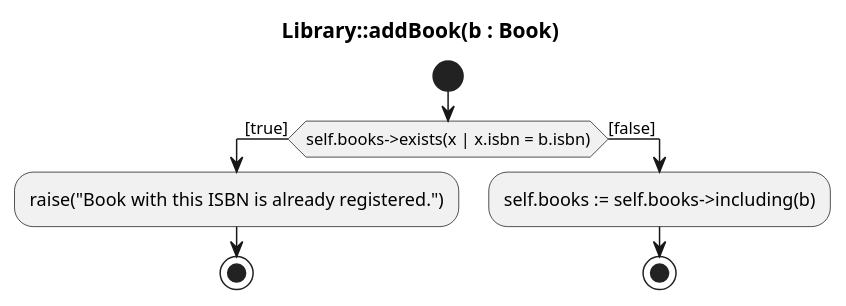
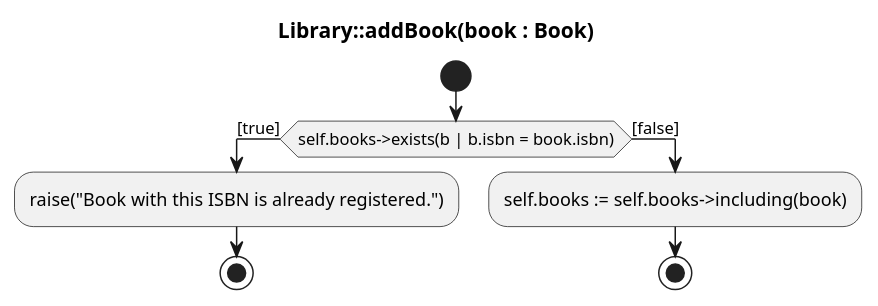
One commit to scx-othr/MoProCo-evaluation changed the diagram in library/classical-uml/add-book.puml. Above: the diagram before and after it, drawn with PlantUML. The commit also changed 13 other files, not shown here.

```diff
--- a/library/classical-uml/add-book.puml
+++ b/library/classical-uml/add-book.puml
@@ -1,12 +1,12 @@
 @startuml
-title Library::addBook(b : Book)
+title Library::addBook(book : Book)
 
 start
-if (self.books->exists(x | x.isbn = b.isbn)) then ([true])
+if (self.books->exists(b | b.isbn = book.isbn)) then ([true])
   :raise("Book with this ISBN is already registered.");
   stop
 else ([false])
-  :self.books := self.books->including(b);
+  :self.books := self.books->including(book);
   stop
 endif
 @enduml
```
